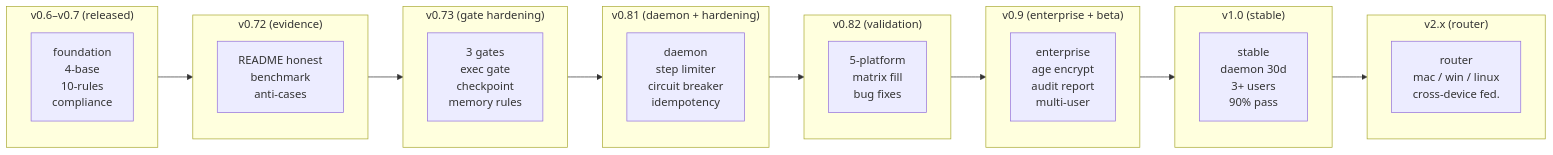
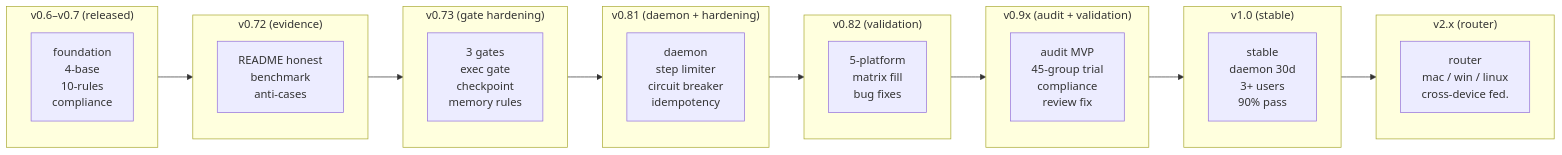
The diagram in ROADMAP.md (KongFangXun/sofagent), drawn with Mermaid before and after one commit. The commit also changed other lines of this file and 51 other files, not shown here.

First line of the commit message:
feat(v0.91): sofagent-audit MVP + 评审落地 + 文档瘦身

````diff
--- a/ROADMAP.md
+++ b/ROADMAP.md
@@ -453,37 +451,37 @@
 ```mermaid
 flowchart LR
     subgraph v06_v07["v0.6–v0.7 (released)"]
         direction TB
         F1["foundation<br/>4-base<br/>10-rules<br/>compliance"]
     end
     subgraph v072["v0.72 (evidence)"]
         direction TB
         F2["README honest<br/>benchmark<br/>anti-cases"]
     end
     subgraph v073["v0.73 (gate hardening)"]
         direction TB
         F3["3 gates<br/>exec gate<br/>checkpoint<br/>memory rules"]
     end
     subgraph v08["v0.81 (daemon + hardening)"]
         direction TB
         F4["daemon<br/>step limiter<br/>circuit breaker<br/>idempotency"]
     end
     subgraph v082["v0.82 (validation)"]
         direction TB
         F4b["5-platform<br/>matrix fill<br/>bug fixes"]
     end
-    subgraph v09["v0.9 (enterprise + beta)"]
+    subgraph v09["v0.9x (audit + validation)"]
         direction TB
-        F5["enterprise<br/>age encrypt<br/>audit report<br/>multi-user"]
+        F5["audit MVP<br/>45-group trial<br/>compliance<br/>review fix"]
     end
     subgraph v10["v1.0 (stable)"]
         direction TB
         F6["stable<br/>daemon 30d<br/>3+ users<br/>90% pass"]
     end
     subgraph v2x["v2.x (router)"]
         direction TB
         F7["router<br/>mac / win / linux<br/>cross-device fed."]
     end
 
     F1 --> F2 --> F3 --> F4 --> F4b --> F5 --> F6 --> F7
 ```
````
